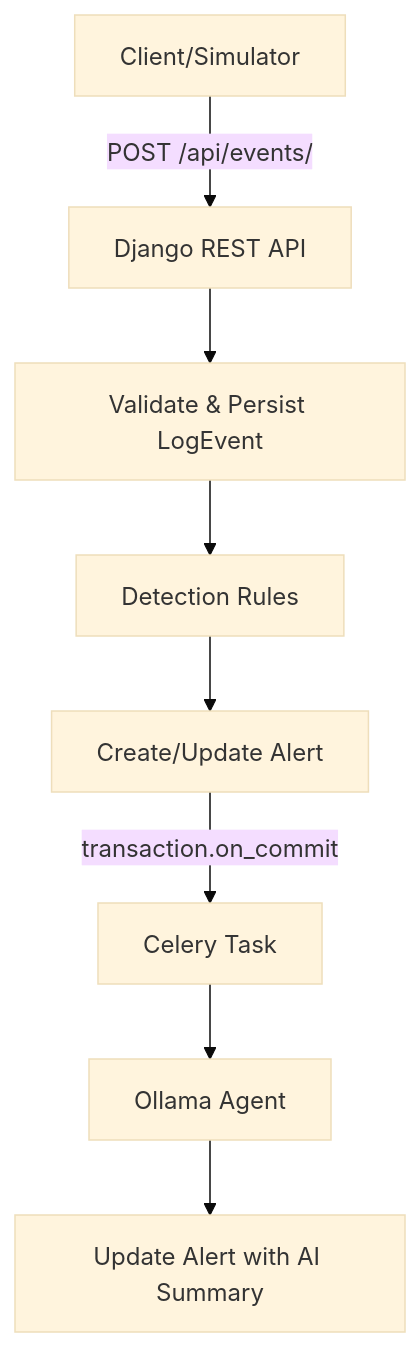
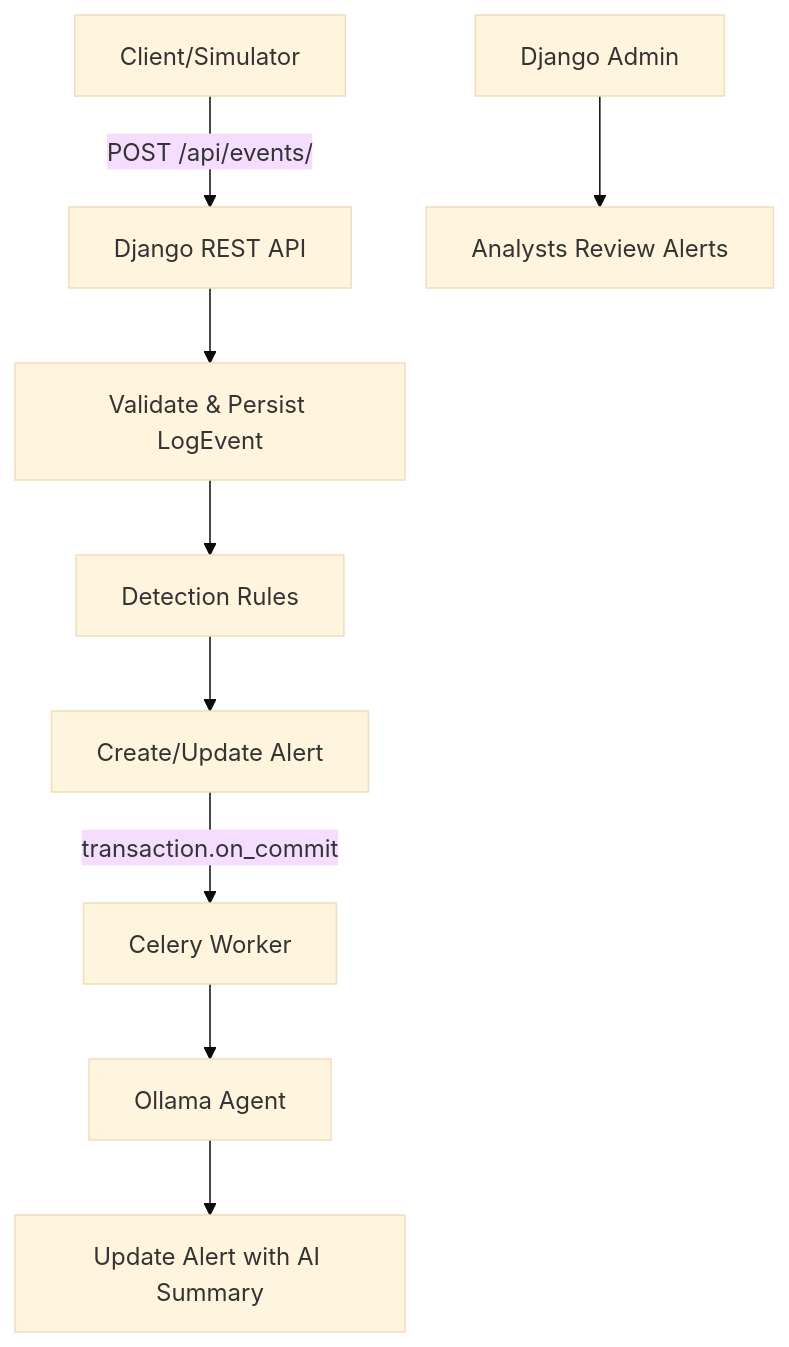
The diagram in README.md (AlayhamTaha543/AI-assisted-intrusion-monitoring), drawn with Mermaid (base theme) before and after one commit. The commit also changed other lines of this file and 6 other files, not shown here.

````diff
--- a/README.md
+++ b/README.md
@@ -7,10 +50,11 @@
 ```mermaid
 flowchart TD
   A[Client/Simulator] -->|POST /api/events/| B[Django REST API]
   B --> C[Validate & Persist LogEvent]
   C --> D[Detection Rules]
   D --> E[Create/Update Alert]
-  E -->|transaction.on_commit| F[Celery Task]
+  E -->|transaction.on_commit| F[Celery Worker]
   F --> G[Ollama Agent]
   G --> H[Update Alert with AI Summary]
+  I[Django Admin] --> J[Analysts Review Alerts]
 ```
````
